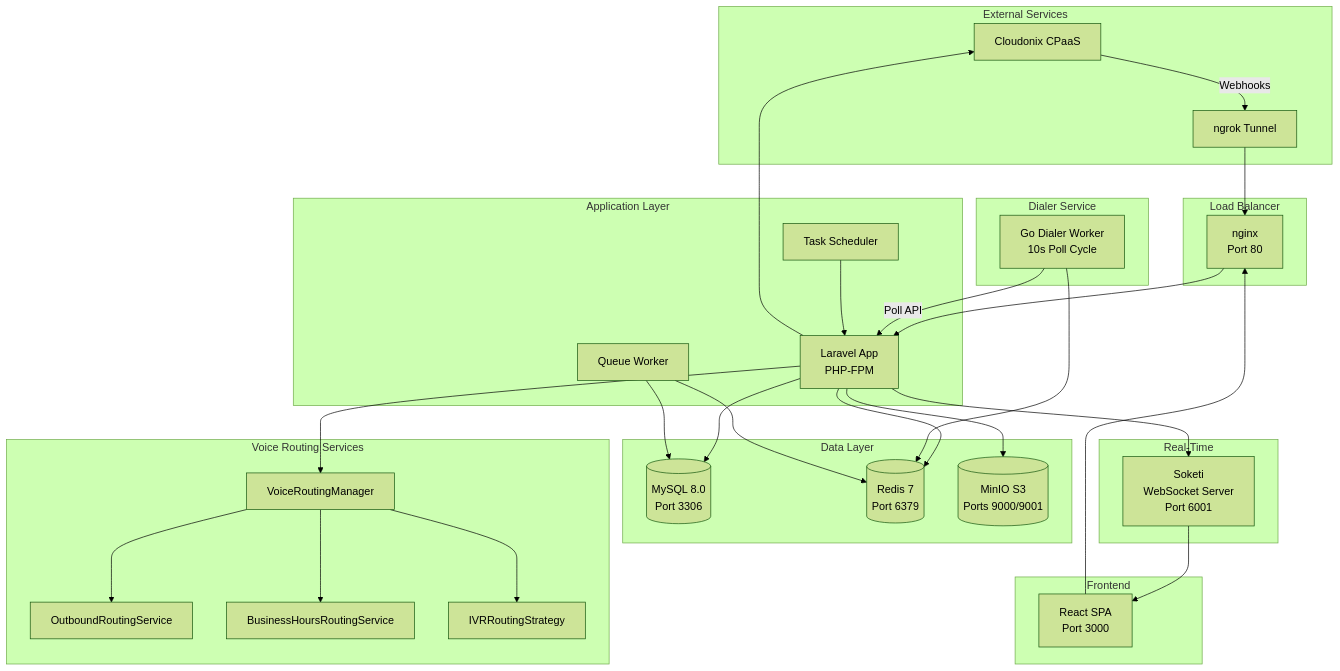
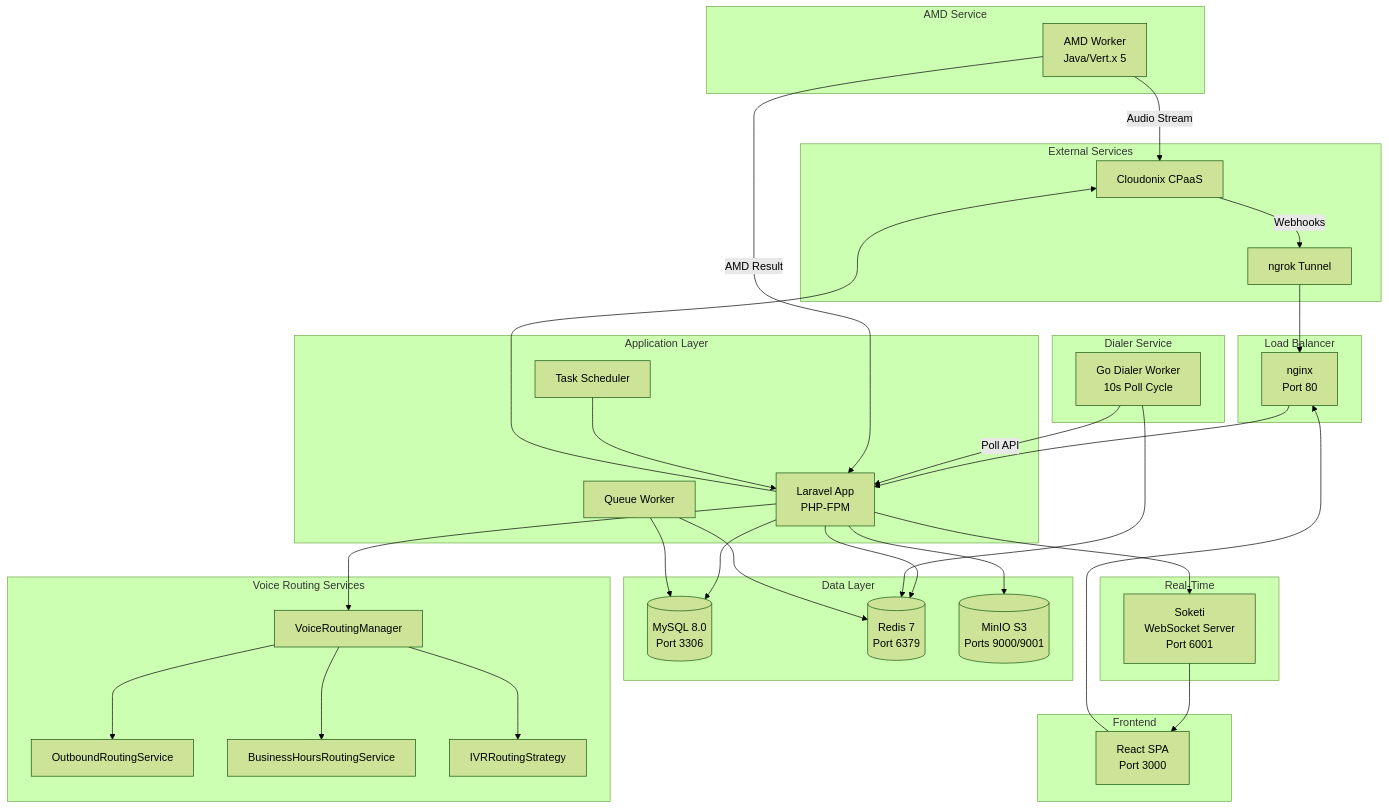
Before and after one commit to greenfieldtech-nirs/opbx: the first of 3 diagrams in README.md, drawn with Mermaid (forest theme). The commit also changed other lines of this file and 166 other files, not shown here.

````diff
--- a/README.md
+++ b/README.md
@@ -89,62 +92,68 @@
 ```mermaid
 graph TB
     subgraph "External Services"
         CX[Cloudonix CPaaS]
         NGROK[ngrok Tunnel]
     end
 
     subgraph "Frontend"
         REACT[React SPA<br/>Port 3000]
     end
 
     subgraph "Load Balancer"
         NGINX[nginx<br/>Port 80]
     end
 
     subgraph "Application Layer"
         APP[Laravel App<br/>PHP-FPM]
         QUEUE[Queue Worker]
         SCHEDULER[Task Scheduler]
     end
 
     subgraph "Dialer Service"
         GOWORKER[Go Dialer Worker<br/>10s Poll Cycle]
+    end
+
+    subgraph "AMD Service"
+        AMD[AMD Worker<br/>Java/Vert.x 5]
     end
 
     subgraph "Voice Routing Services"
         VRM[VoiceRoutingManager]
         ORS[OutboundRoutingService]
         BHRS[BusinessHoursRoutingService]
         IVR[IVRRoutingStrategy]
     end
 
     subgraph "Data Layer"
         MYSQL[(MySQL 8.0<br/>Port 3306)]
         REDIS[(Redis 7<br/>Port 6379)]
         MINIO[(MinIO S3<br/>Ports 9000/9001)]
     end
 
     subgraph "Real-Time"
         SOKETI[Soketi<br/>WebSocket Server<br/>Port 6001]
     end
 
     CX -->|Webhooks| NGROK
     NGROK --> NGINX
     REACT --> NGINX
     NGINX --> APP
     APP --> VRM
     VRM --> ORS
     VRM --> BHRS
     VRM --> IVR
     APP --> MYSQL
     APP --> REDIS
     APP --> MINIO
     APP --> SOKETI
     APP --> CX
     GOWORKER -->|Poll API| APP
     GOWORKER --> REDIS
+    AMD -->|Audio Stream| CX
+    AMD -->|AMD Result| APP
     QUEUE --> REDIS
     QUEUE --> MYSQL
     SCHEDULER --> APP
     SOKETI --> REACT
 ```
````
